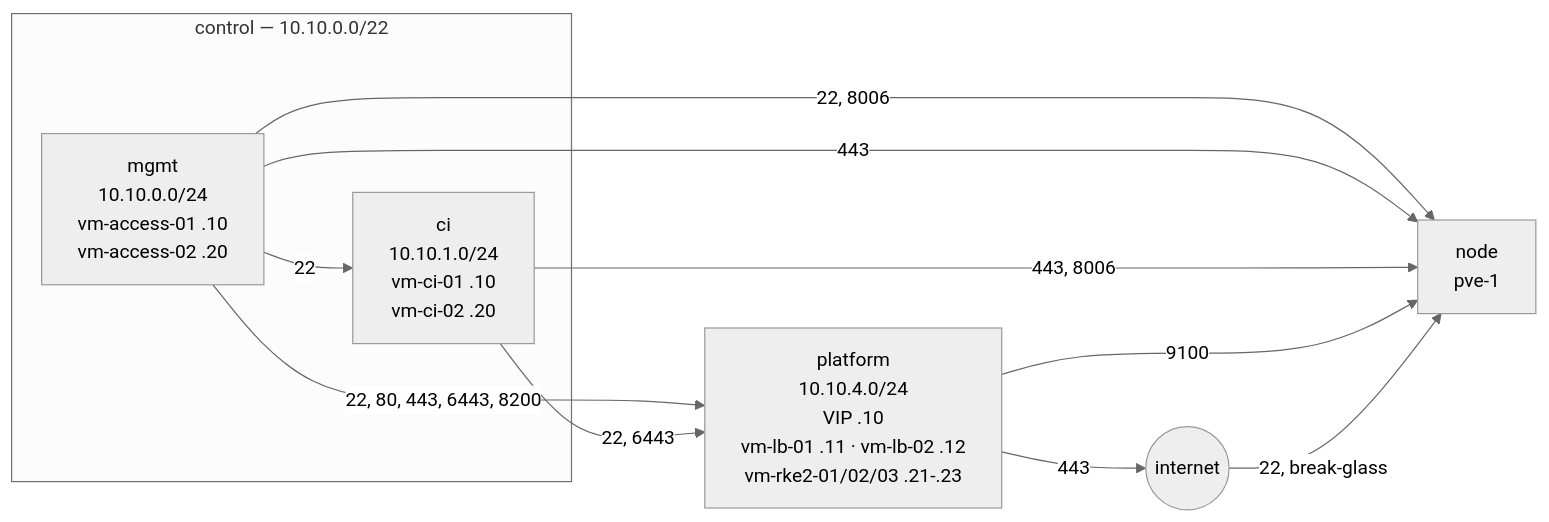
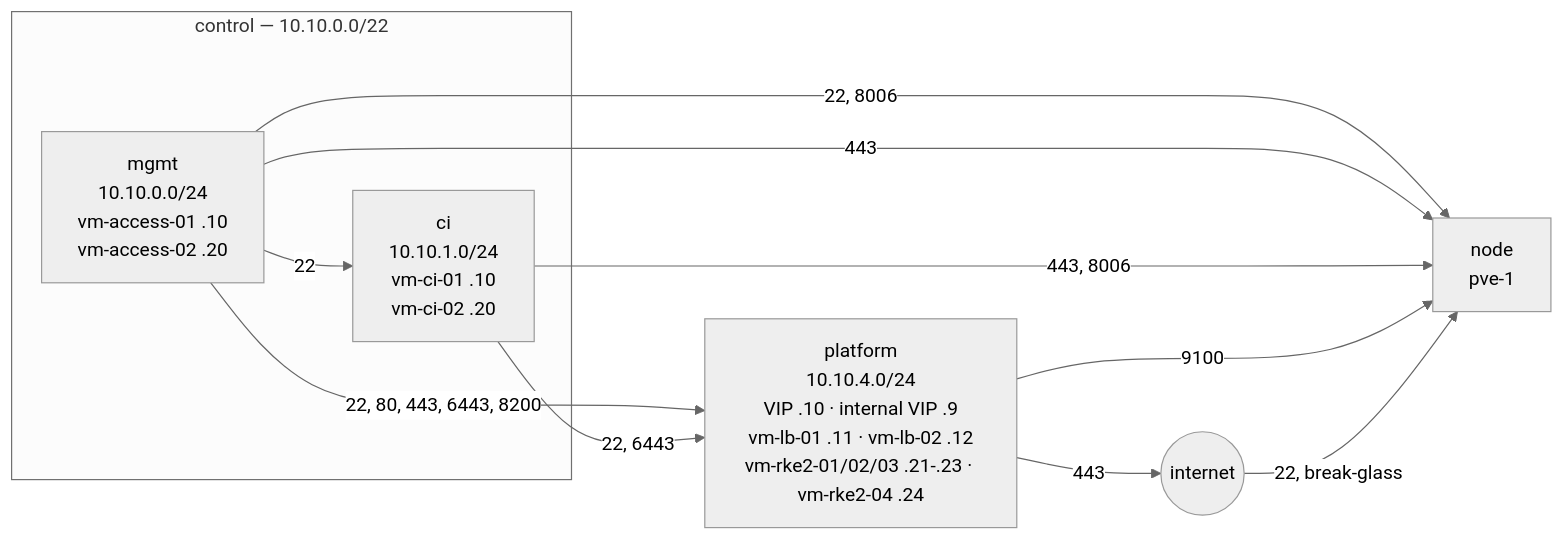
The third of 7 diagrams in docs/architecture.md (0xc0-homelab/infrastructure), drawn with Mermaid (neutral theme) before and after one commit. The commit also changed other lines of this file and 15 other files, not shown here.

First line of the commit message:
feat: add an internal vip for warp-only services (#140)

````diff
--- a/docs/architecture.md
+++ b/docs/architecture.md
@@ -111,20 +111,20 @@
 ```mermaid
 flowchart LR
   subgraph control["control — 10.10.0.0/22"]
     mgmt["mgmt<br/>10.10.0.0/24<br/>vm-access-01 .10<br/>vm-access-02 .20"]
     ci["ci<br/>10.10.1.0/24<br/>vm-ci-01 .10<br/>vm-ci-02 .20"]
   end
-  platform["platform<br/>10.10.4.0/24<br/>VIP .10<br/>vm-lb-01 .11 · vm-lb-02 .12<br/>vm-rke2-01/02/03 .21-.23"]
+  platform["platform<br/>10.10.4.0/24<br/>VIP .10 · internal VIP .9<br/>vm-lb-01 .11 · vm-lb-02 .12<br/>vm-rke2-01/02/03 .21-.23 · vm-rke2-04 .24"]
   node["node<br/>pve-1"]
   internet(("internet"))
 
   mgmt -- "22" --> ci
   mgmt -- "22, 80, 443, 6443, 8200" --> platform
   mgmt -- "22, 8006" --> node
   mgmt -- "443" --> node
   ci -- "22, 6443" --> platform
   ci -- "443, 8006" --> node
   platform -- "9100" --> node
   platform -- "443" --> internet
   internet -- "22, break-glass" --> node
 ```
````
